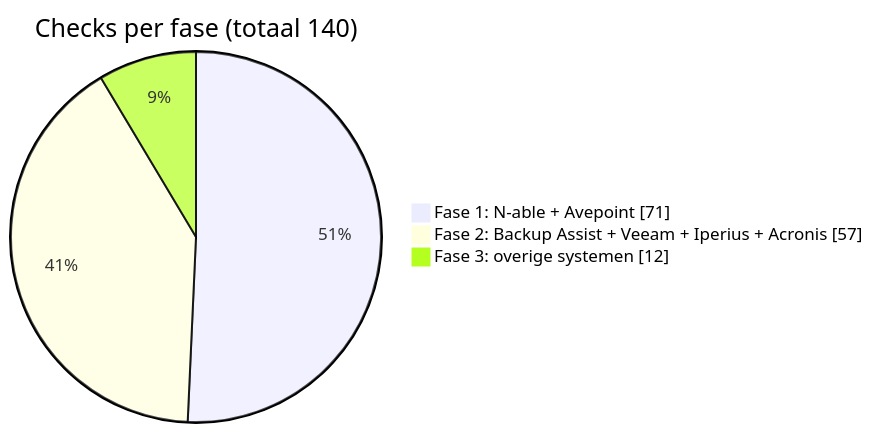
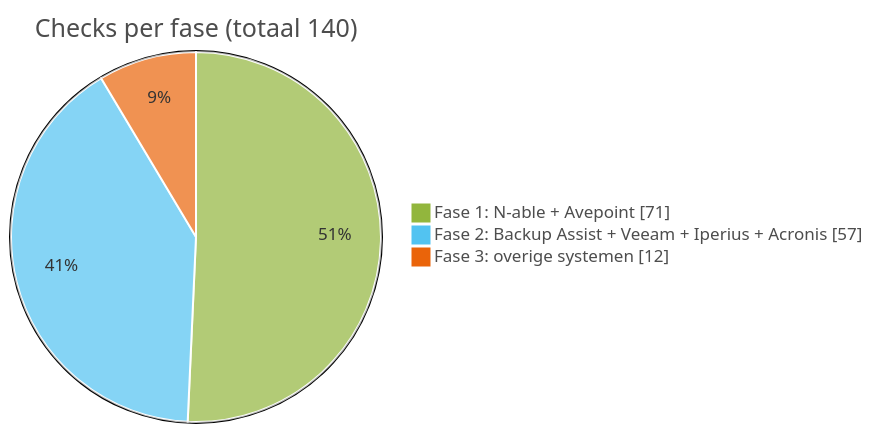
Before and after one commit to LoreGrymonprezPXL/Checkcentral-Backup-Dashboard: the second of 2 diagrams in data/README.md, drawn with Mermaid. The commit also changed other lines of this file, not shown here.

````diff
--- a/data/README.md
+++ b/data/README.md
@@ -39,7 +40,8 @@
 ```mermaid
+%%{init: {"theme":"base","themeVariables":{"fontFamily":"Open Sans, Arial, sans-serif","pieTitleTextColor":"#4D4D4D","pieSectionTextColor":"#333333","pieLegendTextColor":"#4D4D4D","pieStrokeColor":"#FFFFFF","pie1":"#92B63D","pie2":"#52C3F1","pie3":"#EA640A"}}}%%
 pie showData
     title Checks per fase (totaal 140)
     "Fase 1: N-able + Avepoint" : 71
     "Fase 2: Backup Assist + Veeam + Iperius + Acronis" : 57
     "Fase 3: overige systemen" : 12
 ```
````
